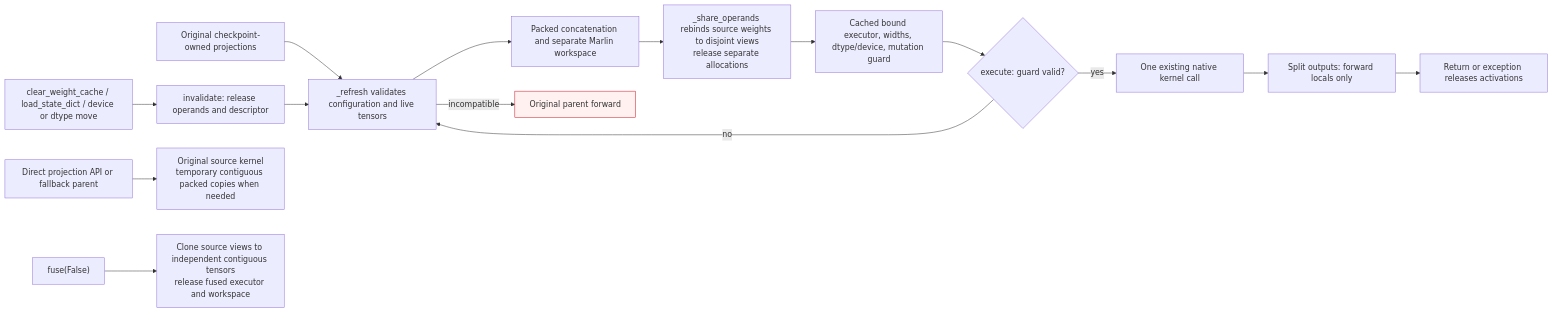
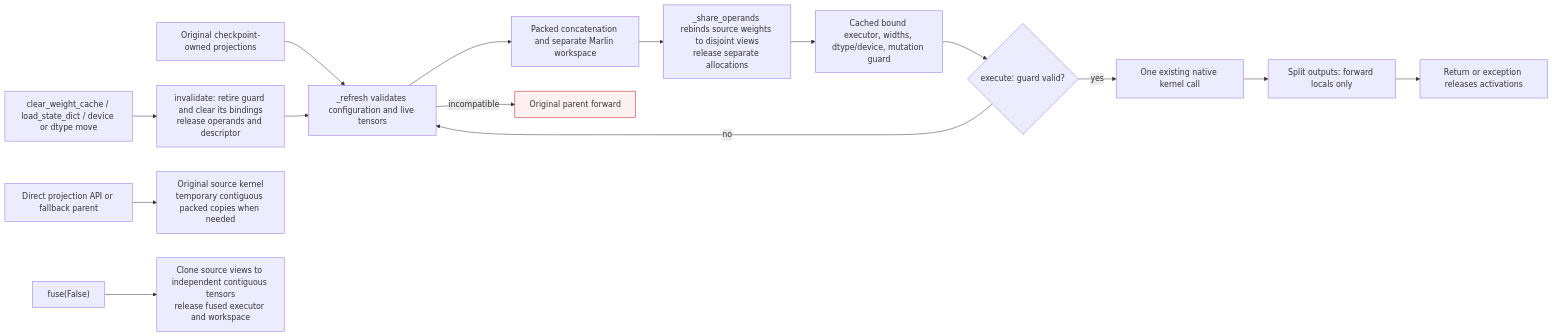
Before and after one commit to ModelCloud/GPTQModel: the third of 4 diagrams in docs/fusion-planner.md, drawn with Mermaid. The commit also changed other lines of this file and 7 other files, not shown here.

````diff
--- a/docs/fusion-planner.md
+++ b/docs/fusion-planner.md
@@ -244,17 +244,17 @@
 ```mermaid
 flowchart LR
     SOURCE["Original checkpoint-owned projections"] --> REFRESH["_refresh validates configuration and live tensors"]
     REFRESH --> BUILD["Packed concatenation and separate Marlin workspace"] --> VIEWS["_share_operands rebinds source weights to disjoint views<br/>release separate allocations"]
     VIEWS --> DESCRIPTOR["Cached bound executor, widths, dtype/device, mutation guard"]
     DESCRIPTOR --> VALID{"execute: guard valid?"}
     VALID -->|"yes"| USE["One existing native kernel call"]
     VALID -->|"no"| REFRESH
     REFRESH -->|"incompatible"| FALLBACK["Original parent forward"]
     USE --> OUT["Split outputs: forward locals only"]
     OUT --> RELEASE["Return or exception releases activations"]
-    MUTATE["clear_weight_cache / load_state_dict / device or dtype move"] --> INVALID["invalidate: release operands and descriptor"]
+    MUTATE["clear_weight_cache / load_state_dict / device or dtype move"] --> INVALID["invalidate: retire guard and clear its bindings<br/>release operands and descriptor"]
     INVALID --> REFRESH
     DIRECT["Direct projection API or fallback parent"] --> LEAF["Original source kernel<br/>temporary contiguous packed copies when needed"]
     OFF["fuse(False)"] --> RESTORE["Clone source views to independent contiguous tensors<br/>release fused executor and workspace"]
     style FALLBACK fill:#fff1f0,stroke:#cf1322
 ```
````
